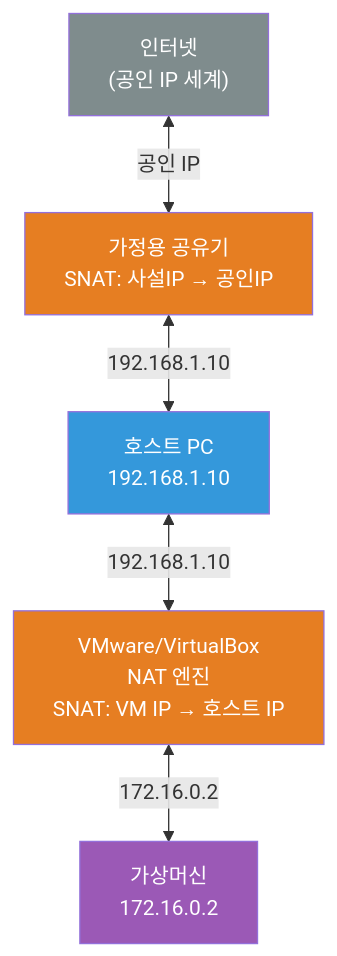
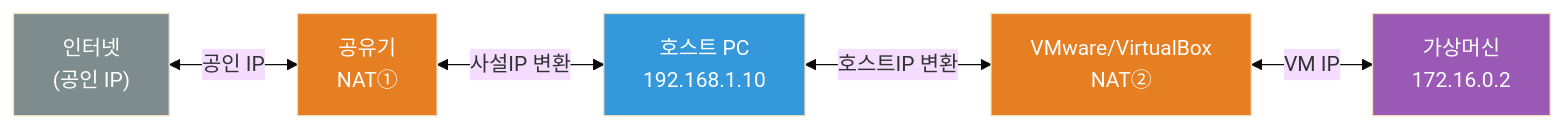
The fifth of 5 diagrams in contents/posts/Network/nat-deep-dive/index.md (leekh8/leekh8.github.io), drawn with Mermaid before and after one commit. The commit also changed other lines of this file, not shown here.

Commit message:
fix: NAT 포스트 mermaid init 블록 추가, 중첩NAT 다이어그램 LR 전환

````diff
--- a/contents/posts/Network/nat-deep-dive/index.md
+++ b/contents/posts/Network/nat-deep-dive/index.md
@@ -261,19 +265,20 @@
 ```mermaid
-flowchart TD
-    INT["인터넷<br/>(공인 IP 세계)"]
-    RT["가정용 공유기<br/>SNAT: 사설IP → 공인IP"]
+%%{init: {"theme": "base"}}%%
+flowchart LR
+    INT["인터넷<br/>(공인 IP)"]
+    RT["공유기<br/>NAT①"]
     HOST["호스트 PC<br/>192.168.1.10"]
-    VMNAT["VMware/VirtualBox<br/>NAT 엔진<br/>SNAT: VM IP → 호스트 IP"]
+    VMNAT["VMware/VirtualBox<br/>NAT②"]
     VM["가상머신<br/>172.16.0.2"]
 
     INT <-->|"공인 IP"| RT
-    RT <-->|"192.168.1.10"| HOST
-    HOST <-->|"192.168.1.10"| VMNAT
-    VMNAT <-->|"172.16.0.2"| VM
+    RT <-->|"사설IP 변환"| HOST
+    HOST <-->|"호스트IP 변환"| VMNAT
+    VMNAT <-->|"VM IP"| VM
 
     style INT fill:#7f8c8d,color:#fff
     style RT fill:#e67e22,color:#fff
     style HOST fill:#3498db,color:#fff
     style VMNAT fill:#e67e22,color:#fff
     style VM fill:#9b59b6,color:#fff
 ```
````
